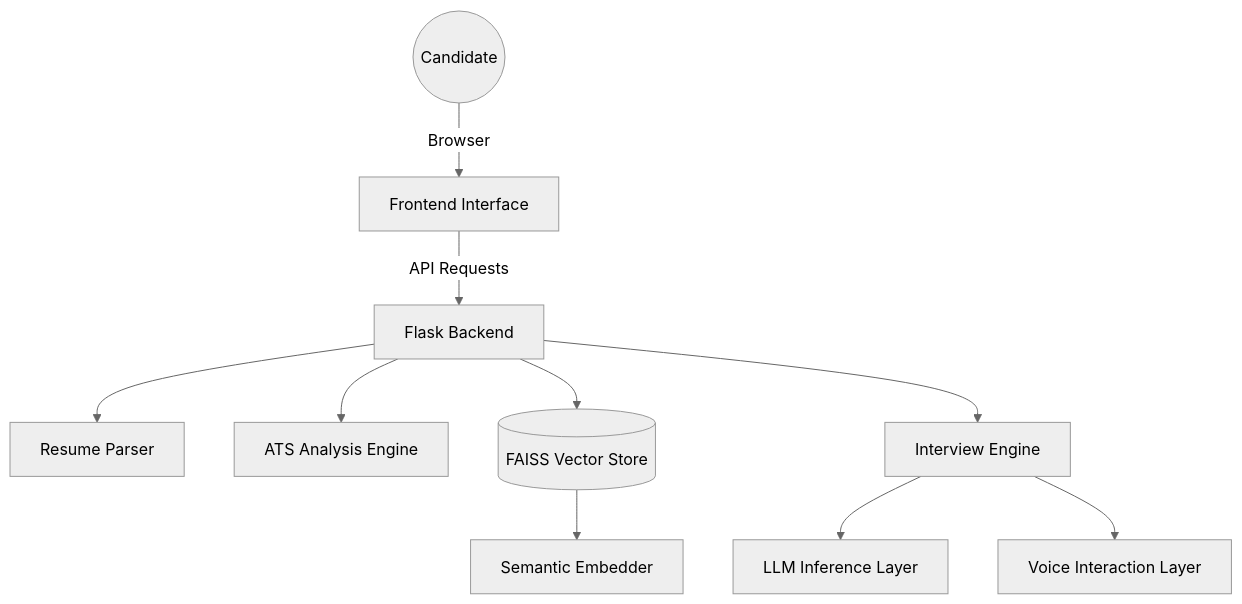
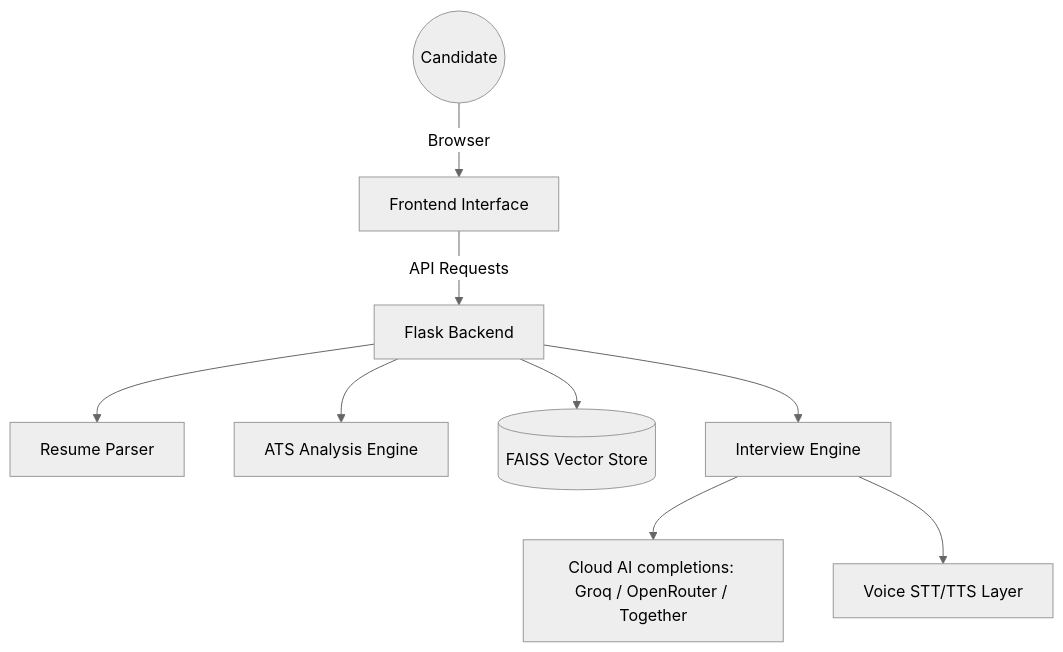
The diagram in README.md (deepak050805/HireIntel-AI), drawn with Mermaid (neutral theme) before and after one commit. The commit also changed other lines of this file and 5 other files, not shown here.

````diff
--- a/README.md
+++ b/README.md
@@ -92,15 +54,13 @@
 ```mermaid
 graph TD
     User((Candidate)) -->|Browser| UI[Frontend Interface]
     UI -->|API Requests| API[Flask Backend]
 
     API --> Parser[Resume Parser]
     API --> ATS[ATS Analysis Engine]
     API --> FAISS[(FAISS Vector Store)]
     API --> Engine[Interview Engine]
 
-    Engine --> LLM[LLM Inference Layer]
-    Engine --> Voice[Voice Interaction Layer]
-
-    FAISS --> Embedder[Semantic Embedder]
+    Engine --> CloudLLM[Cloud AI completions: Groq / OpenRouter / Together]
+    Engine --> Voice[Voice STT/TTS Layer]
 ```
````
